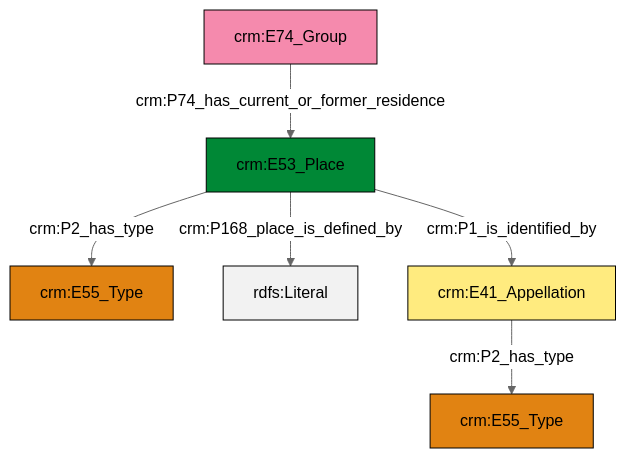
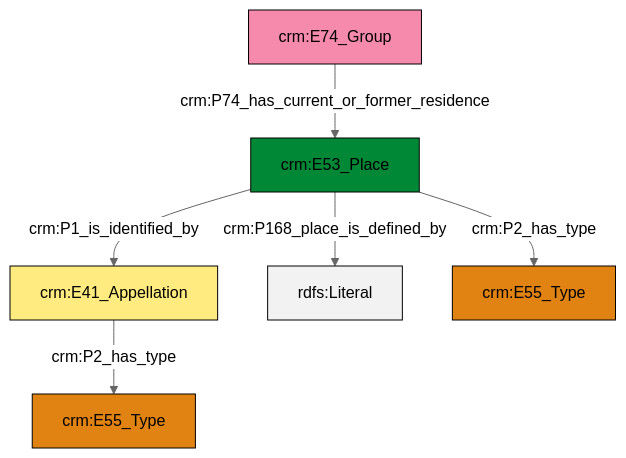
Before and after one commit to swiss-art-research-net/reference-data-models: the diagram in et/groupCSV/ttl/mmd/group_location.ttl.mmd, drawn with Mermaid (neutral theme). The commit also changed 129 other files, not shown here.

```diff
--- a/et/groupCSV/ttl/mmd/group_location.ttl.mmd
+++ b/et/groupCSV/ttl/mmd/group_location.ttl.mmd
@@ -1,20 +1,20 @@
 graph TD
 classDef Literal fill:#f2f2f2,stroke:#000000;
 classDef CRM_Entity fill:#FFFFFF,stroke:#000000;
 classDef Temporal_Entity fill:#00C9E6, stroke:#000000;
 classDef Type fill:#E18312, stroke:#000000;
 classDef Time-Span fill:#2C9C91, stroke:#000000;
 classDef Appellation fill:#FFEB7F, stroke:#000000;
 classDef Place fill:#008836, stroke:#000000;
 classDef Persistent_Item fill:#B266B2, stroke:#000000;
 classDef Conceptual_Object fill:#FFD700, stroke:#000000;
 classDef Physical_Thing fill:#D2B48C, stroke:#000000;
 classDef Actor fill:#f58aad, stroke:#000000;
 classDef PC_Classes fill:#4ce600, stroke:#000000;
 classDef Multi fill:#cccccc,stroke:#000000;
 
-0["crm:E53_Place"]:::Place -->|crm:P2_has_type| 1["crm:E55_Type"]:::Type
-0["crm:E53_Place"]:::Place -->|crm:P168_place_is_defined_by| 3[rdfs:Literal]:::Literal
-4["crm:E74_Group"]:::Actor -->|crm:P74_has_current_or_former_residence| 0["crm:E53_Place"]:::Place
-5["crm:E41_Appellation"]:::Appellation -->|crm:P2_has_type| 7["crm:E55_Type"]:::Type
-0["crm:E53_Place"]:::Place -->|crm:P1_is_identified_by| 5["crm:E41_Appellation"]:::Appellation
+4["crm:E53_Place"]:::Place -->|crm:P168_place_is_defined_by| 5[rdfs:Literal]:::Literal
+4["crm:E53_Place"]:::Place -->|crm:P1_is_identified_by| 2["crm:E41_Appellation"]:::Appellation
+4["crm:E53_Place"]:::Place -->|crm:P2_has_type| 6["crm:E55_Type"]:::Type
+10["crm:E74_Group"]:::Actor -->|crm:P74_has_current_or_former_residence| 4["crm:E53_Place"]:::Place
+2["crm:E41_Appellation"]:::Appellation -->|crm:P2_has_type| 0["crm:E55_Type"]:::Type
```
